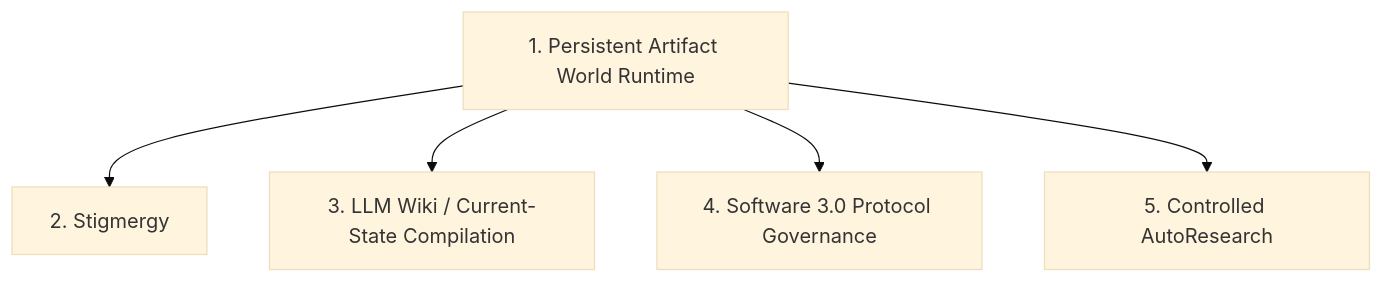
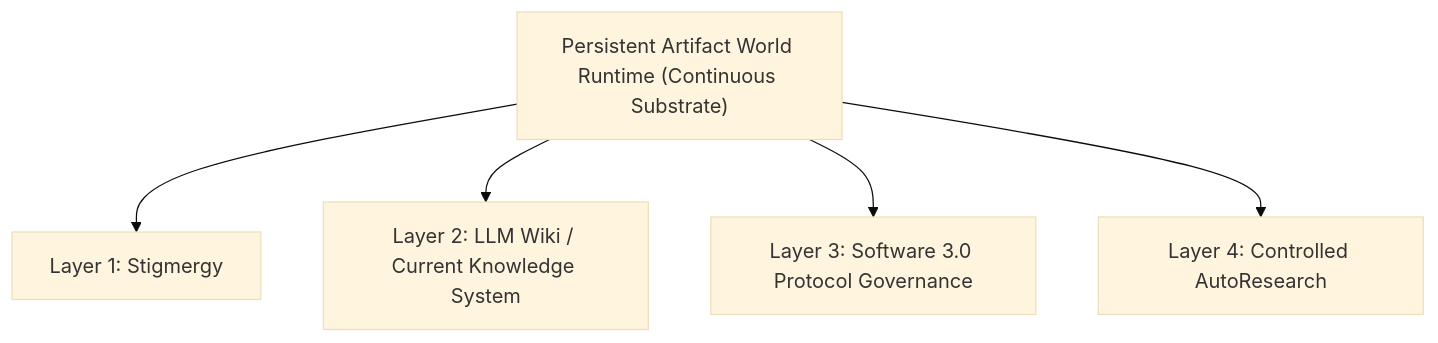
Before and after one commit to JayGarland/nexus-reform-lab: the diagram in research/synthesis/FIVE_POINT_FRAMEWORK.md, drawn with Mermaid (base theme). The commit also changed other lines of this file and 7 other files, not shown here.

Commit message:
fix(doctrine): doctrine & migration repair 0.2.1 - software 3.0, autoresearch & world substrate fixes, hash verification logs & relative links

````diff
--- a/research/synthesis/FIVE_POINT_FRAMEWORK.md
+++ b/research/synthesis/FIVE_POINT_FRAMEWORK.md
@@ -10,7 +12,7 @@
 ```mermaid
 graph TD
-    World["1. Persistent Artifact World Runtime"] --> Stigmergy["2. Stigmergy"]
-    World --> Wiki["3. LLM Wiki / Current-State Compilation"]
-    World --> Soft3["4. Software 3.0 Protocol Governance"]
-    World --> AutoRes["5. Controlled AutoResearch"]
+    World["Persistent Artifact World Runtime (Continuous Substrate)"] --> Layer1["Layer 1: Stigmergy"]
+    World --> Layer2["Layer 2: LLM Wiki / Current Knowledge System"]
+    World --> Layer3["Layer 3: Software 3.0 Protocol Governance"]
+    World --> Layer4["Layer 4: Controlled AutoResearch"]
 ```
````
